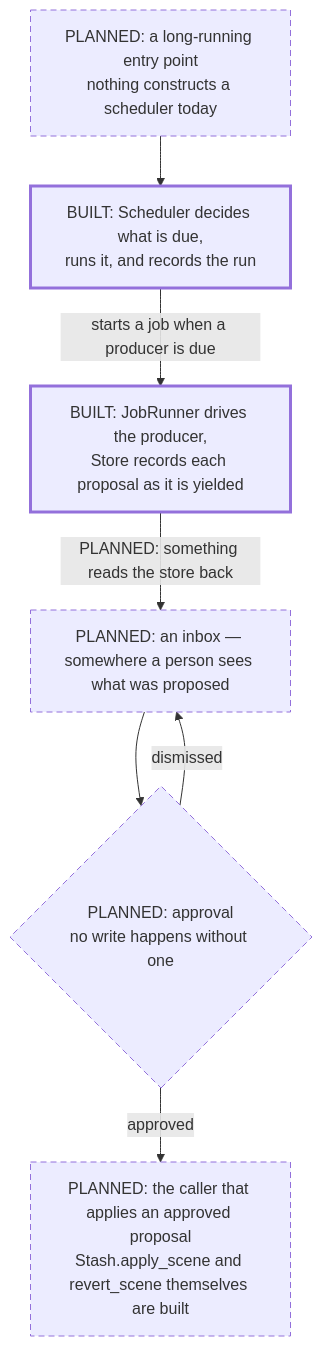
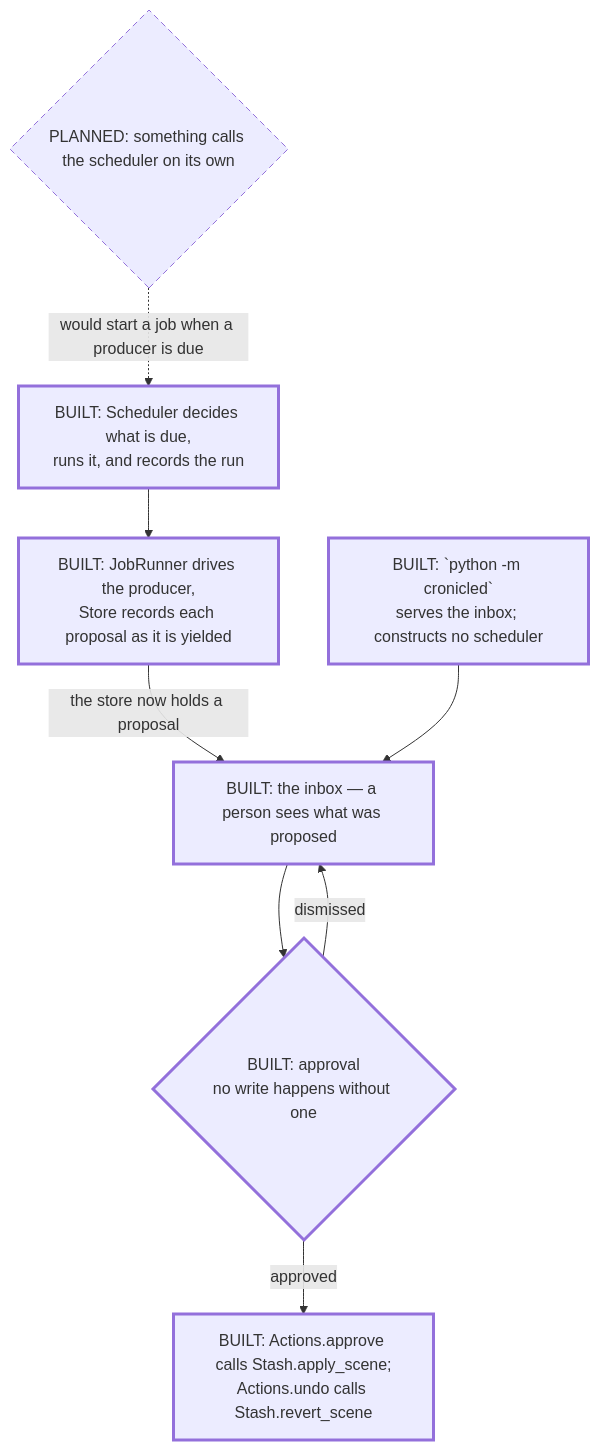
One commit to cabinetworks/cronicled changed the fourth of 4 diagrams in docs/index.md. Above: the diagram before and after it, drawn with Mermaid. The commit also changed other lines of this file and 4 other files, not shown here.

First line of the commit message:
feat: an entry point that serves the inbox

````diff
--- a/docs/index.md
+++ b/docs/index.md
@@ -233,21 +237,23 @@
 ```mermaid
 flowchart TD
-    entry["PLANNED: a long-running entry point<br/>nothing constructs a scheduler today"]
+    entry["BUILT: `python -m cronicled`<br/>serves the inbox; constructs no scheduler"]
     sched["BUILT: Scheduler decides what is due,<br/>runs it, and records the run"]
+    unattended{"PLANNED: something calls the scheduler on its own"}
     built["BUILT: JobRunner drives the producer,<br/>Store records each proposal as it is yielded"]
-    inbox["PLANNED: an inbox — somewhere a person sees what was proposed"]
-    gate{"PLANNED: approval<br/>no write happens without one"}
-    apply["PLANNED: the caller that applies an approved proposal<br/>Stash.apply_scene and revert_scene themselves are built"]
+    inbox["BUILT: the inbox — a person sees what was proposed"]
+    gate{"BUILT: approval<br/>no write happens without one"}
+    apply["BUILT: Actions.approve calls Stash.apply_scene;<br/>Actions.undo calls Stash.revert_scene"]
 
-    entry --> sched
-    sched -- "starts a job when a producer is due" --> built
-    built -- "PLANNED: something reads the store back" --> inbox
+    unattended -. "would start a job when a producer is due" .-> sched
+    sched --> built
+    built -- "the store now holds a proposal" --> inbox
+    entry --> inbox
     inbox --> gate
     gate -- "approved" --> apply
     gate -- "dismissed" --> inbox
 
     classDef planned stroke-dasharray:6 4
     classDef built stroke-width:3px
-    class entry,inbox,gate,apply planned
-    class sched,built built
+    class unattended planned
+    class entry,sched,built,inbox,gate,apply built
 ```
````
